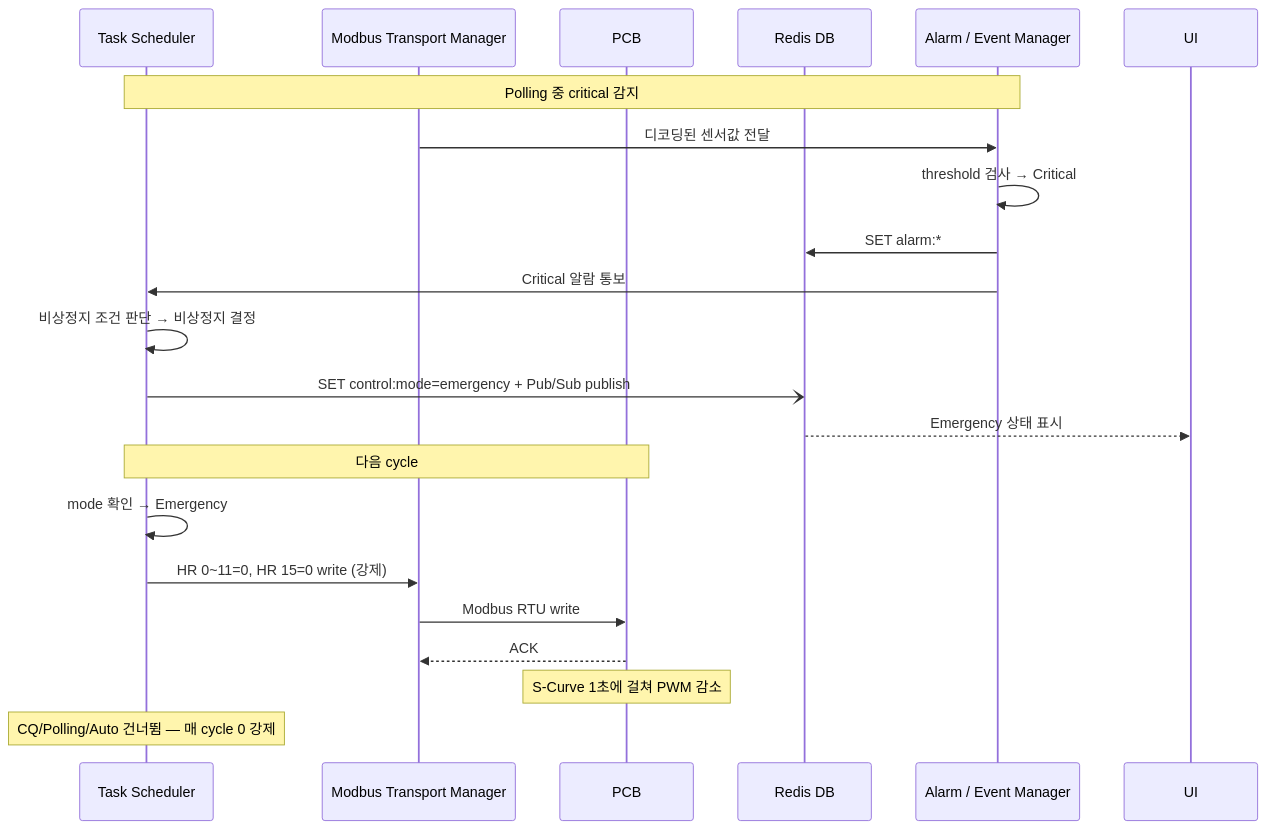
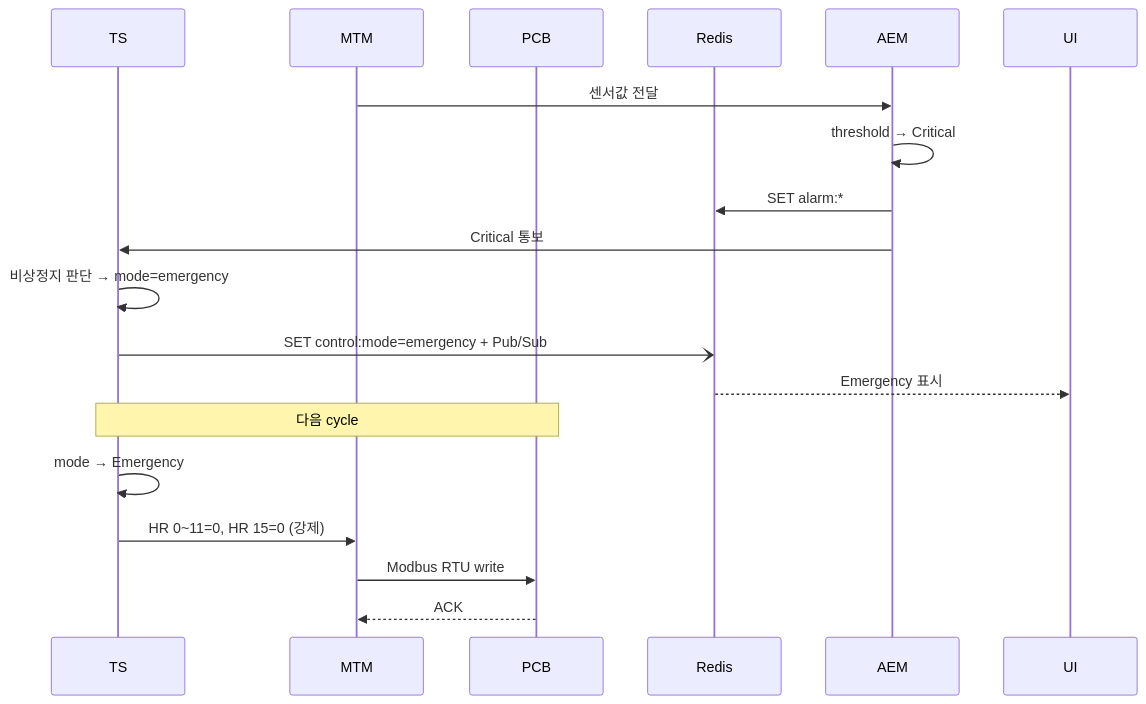
One commit to DEEPGadget/L2A_CDU_system changed the second of 3 diagrams in docs/MCG.md. Above: the diagram before and after it, drawn with Mermaid. The commit also changed other lines of this file, not shown here.

````diff
--- a/docs/MCG.md
+++ b/docs/MCG.md
@@ -247,26 +167,23 @@
 ```mermaid
 sequenceDiagram
-    participant TS as Task Scheduler
-    participant MTM as Modbus Transport Manager
+    participant TS as TS
+    participant MTM as MTM
     participant PCB as PCB
-    participant Redis as Redis DB
-    participant AEM as Alarm / Event Manager
+    participant Redis as Redis
+    participant AEM as AEM
 
-    Note over TS,AEM: Polling 중 critical 감지
-    MTM->>AEM: 디코딩된 센서값 전달
-    AEM->>AEM: threshold 검사 → Critical
+    MTM->>AEM: 센서값 전달
+    AEM->>AEM: threshold → Critical
     AEM->>Redis: SET alarm:*
-    AEM->>TS: Critical 알람 통보
+    AEM->>TS: Critical 통보
 
-    TS->>TS: 비상정지 조건 판단 → 비상정지 결정
-    TS-)Redis: SET control:mode=emergency + Pub/Sub publish
-    Redis-->>UI: Emergency 상태 표시
+    TS->>TS: 비상정지 판단 → mode=emergency
+    TS-)Redis: SET control:mode=emergency + Pub/Sub
+    Redis-->>UI: Emergency 표시
 
     Note over TS,PCB: 다음 cycle
-    TS->>TS: mode 확인 → Emergency
-    TS->>MTM: HR 0~11=0, HR 15=0 write (강제)
+    TS->>TS: mode → Emergency
+    TS->>MTM: HR 0~11=0, HR 15=0 (강제)
     MTM->>PCB: Modbus RTU write
     PCB-->>MTM: ACK
-    Note over PCB: S-Curve 1초에 걸쳐 PWM 감소
-    Note over TS: CQ/Polling/Auto 건너뜀 — 매 cycle 0 강제
 ```
````
